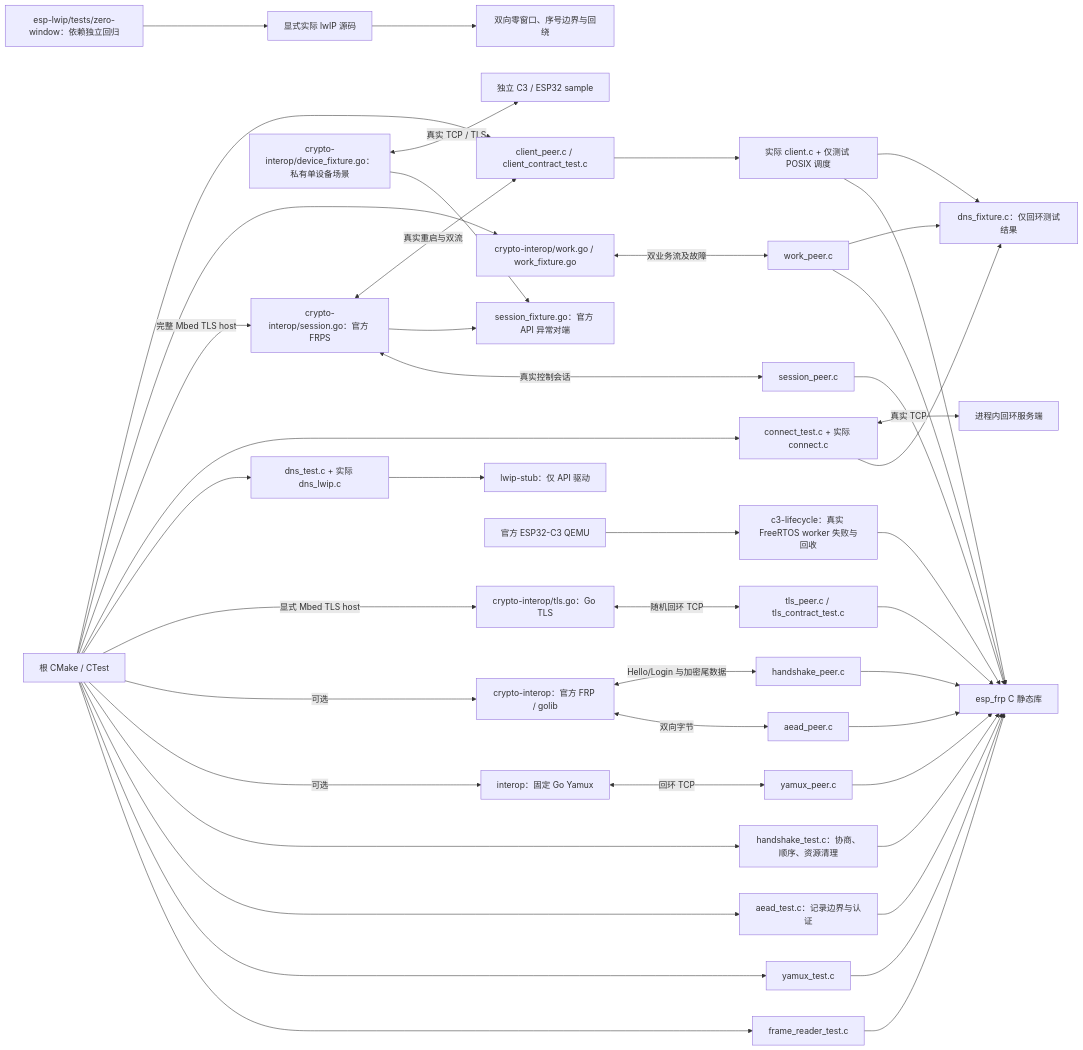
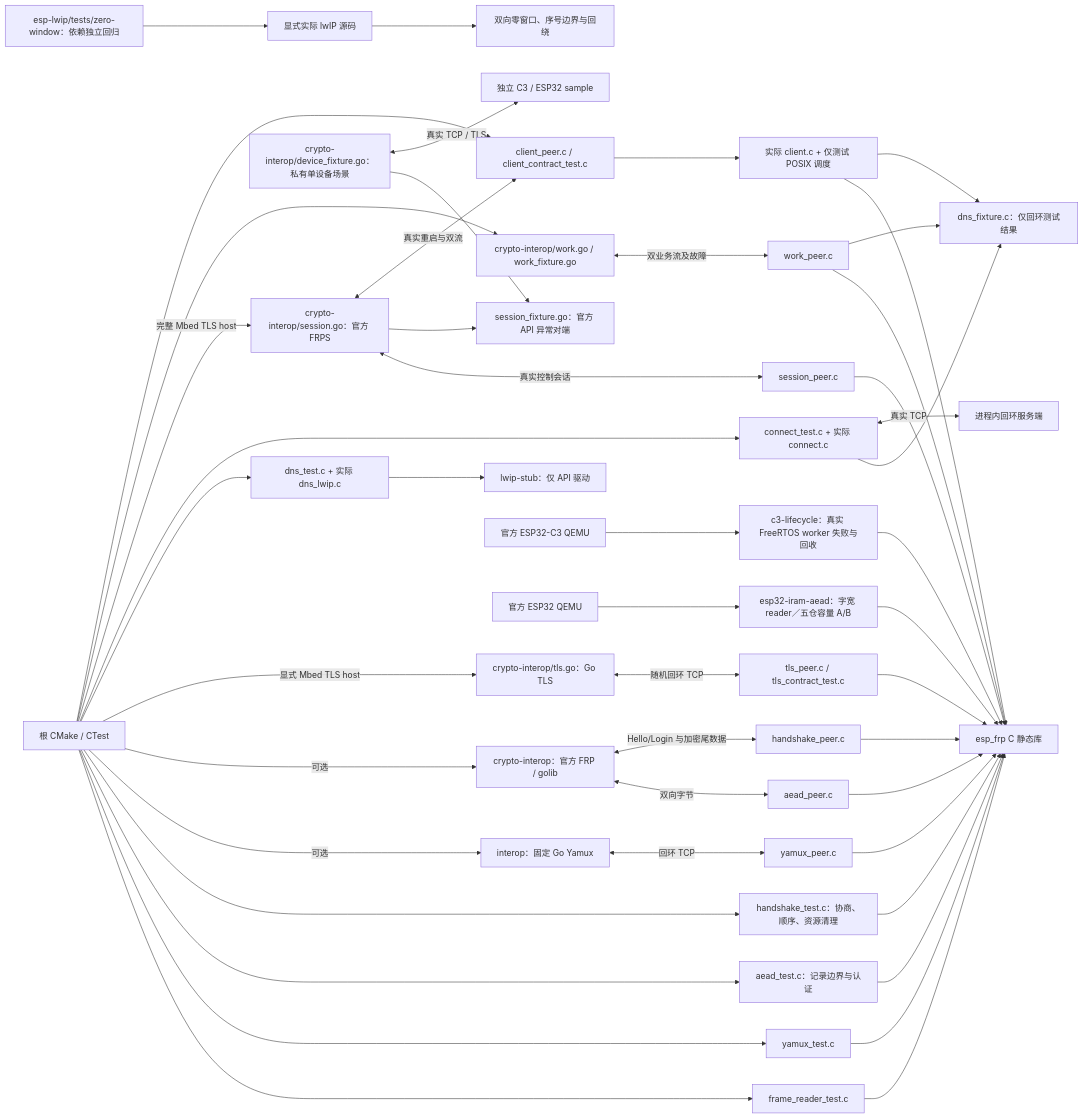
The diagram in tests/README.md (darren-you/esp-frp), drawn with Mermaid before and after one commit. The commit also changed other lines of this file and 23 other files, not shown here.

Commit message:
验证 ESP32 纯 IRAM 字宽 AEAD 满长接收与认证清理

````diff
--- a/tests/README.md
+++ b/tests/README.md
@@ -5,46 +5,48 @@
 ```mermaid
 flowchart LR
     cmake["根 CMake / CTest"] --> wire["frame_reader_test.c"]
     cmake --> mux["yamux_test.c"]
     cmake --> aead["aead_test.c：记录边界与认证"]
     cmake --> handshake["handshake_test.c：协商、顺序、资源清理"]
     wire --> lib["esp_frp C 静态库"]
     mux --> lib
     aead --> lib
     handshake --> lib
     cmake -->|"可选"| upstream["interop：固定 Go Yamux"]
     upstream <-->|"回环 TCP"| peer["yamux_peer.c"]
     peer --> lib
     cmake -->|"可选"| crypto["crypto-interop：官方 FRP / golib"]
     crypto <-->|"双向字节"| cp["aead_peer.c"]
     cp --> lib
     crypto <-->|"Hello/Login 与加密尾数据"| hp["handshake_peer.c"]
     hp --> lib
     cmake -->|"显式 Mbed TLS host"| tls["crypto-interop/tls.go：Go TLS"]
     tls <-->|"随机回环 TCP"| tp["tls_peer.c / tls_contract_test.c"]
     tp --> lib
     cmake --> dns["dns_test.c + 实际 dns_lwip.c"]
     dns --> stub["lwip-stub：仅 API 驱动"]
     cmake --> tcp["connect_test.c + 实际 connect.c"]
     tcp --> fixture["dns_fixture.c：仅回环测试结果"]
     tcp <-->|"真实 TCP"| socket["进程内回环服务端"]
     cmake -->|"完整 Mbed TLS host"| session["crypto-interop/session.go：官方 FRPS"]
     session <-->|"真实控制会话"| sp["session_peer.c"]
     sp --> lib
     session --> faults["session_fixture.go：官方 API 异常对端"]
     device["crypto-interop/device_fixture.go：私有单设备场景"] --> faults
     device <-->|"真实 TCP / TLS"| board["独立 C3 / ESP32 sample"]
     cmake --> work["crypto-interop/work.go / work_fixture.go"]
     work <-->|"双业务流及故障"| wp["work_peer.c"]
     wp --> lib
     wp --> fixture
     cmake --> client["client_peer.c / client_contract_test.c"]
     client --> worker["实际 client.c + 仅测试 POSIX 调度"]
     worker --> lib
     worker --> fixture
     session <-->|"真实重启与双流"| client
     qemu["官方 ESP32-C3 QEMU"] --> lifecycle["c3-lifecycle：真实 FreeRTOS worker 失败与回收"]
     lifecycle --> lib
+    qemu32["官方 ESP32 QEMU"] --> iram["esp32-iram-aead：字宽 reader／五仓容量 A/B"]
+    iram --> lib
     dependency["esp-lwip/tests/zero-window：依赖独立回归"] --> sdk["显式实际 lwIP 源码"]
     sdk --> zero["双向零窗口、序号边界与回绕"]
 ```
````
